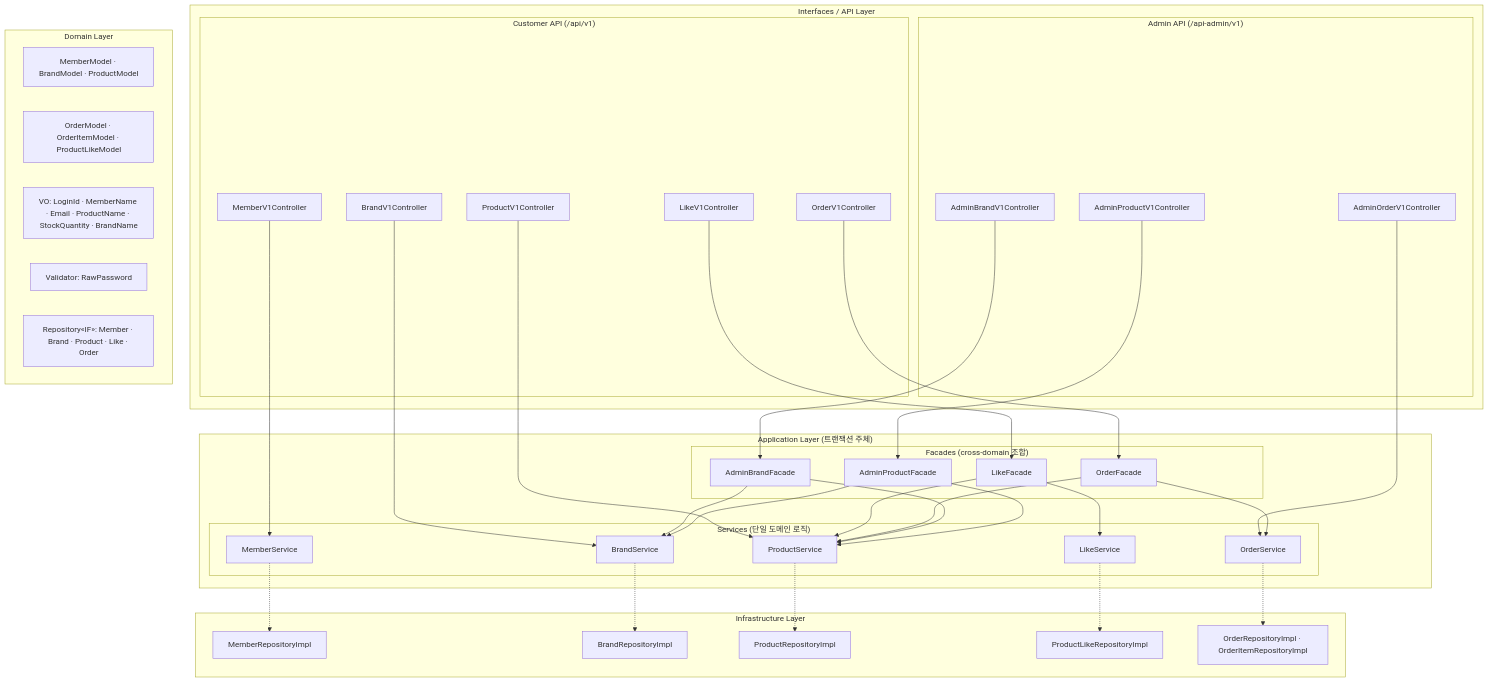
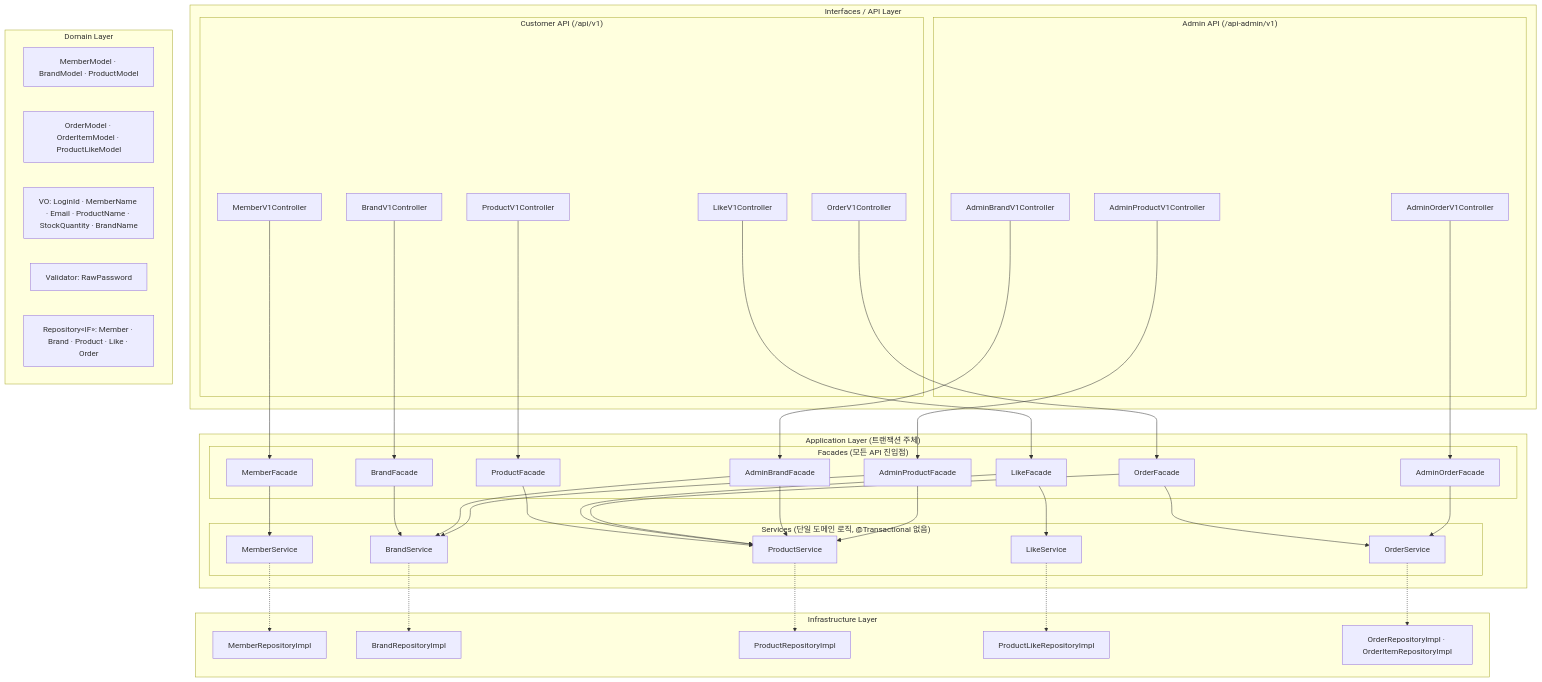
One commit to Loopers-dev-lab/loop-pack-be-l2-vol3-kotlin changed the second of 8 diagrams in docs/design/05-architecture.md. Above: the diagram before and after it, drawn with Mermaid. The commit also changed other lines of this file and 13 other files, not shown here.

````diff
--- a/docs/design/05-architecture.md
+++ b/docs/design/05-architecture.md
@@ -66,73 +66,81 @@
 ```mermaid
 graph TB
     subgraph Interfaces["Interfaces / API Layer"]
         subgraph CustomerAPI["Customer API (/api/v1)"]
             MC["MemberV1Controller"]
             BC["BrandV1Controller"]
             PC["ProductV1Controller"]
             LC["LikeV1Controller"]
             OC["OrderV1Controller"]
         end
         subgraph AdminAPI["Admin API (/api-admin/v1)"]
             ABC["AdminBrandV1Controller"]
             APC["AdminProductV1Controller"]
             AOC["AdminOrderV1Controller"]
         end
     end
 
     subgraph Application["Application Layer (트랜잭션 주체)"]
-        subgraph Facades["Facades (cross-domain 조합)"]
+        subgraph Facades["Facades (모든 API 진입점)"]
+            MF["MemberFacade"]
+            BF["BrandFacade"]
+            PF["ProductFacade"]
             LF["LikeFacade"]
             OF["OrderFacade"]
             ABF["AdminBrandFacade"]
             APF["AdminProductFacade"]
+            AOF["AdminOrderFacade"]
         end
-        subgraph Services["Services (단일 도메인 로직)"]
+        subgraph Services["Services (단일 도메인 로직, @Transactional 없음)"]
             MS["MemberService"]
             BS["BrandService"]
             PS["ProductService"]
             LS["LikeService"]
             OS["OrderService"]
         end
     end
 
     subgraph Domain["Domain Layer"]
         MM["MemberModel · BrandModel · ProductModel"]
         OM["OrderModel · OrderItemModel · ProductLikeModel"]
         VO["VO: LoginId · MemberName · Email · ProductName · StockQuantity · BrandName"]
         VD["Validator: RawPassword"]
         RI["Repository«IF»: Member · Brand · Product · Like · Order"]
     end
 
     subgraph Infrastructure["Infrastructure Layer"]
         MRI["MemberRepositoryImpl"]
         BRI["BrandRepositoryImpl"]
         PRI["ProductRepositoryImpl"]
         LRI["ProductLikeRepositoryImpl"]
         ORI["OrderRepositoryImpl · OrderItemRepositoryImpl"]
     end
 
-    MC --> MS
-    BC --> BS
-    PC --> PS
+    MC --> MF
+    BC --> BF
+    PC --> PF
     LC --> LF
     OC --> OF
     ABC --> ABF
     APC --> APF
-    AOC --> OS
+    AOC --> AOF
 
+    MF --> MS
+    BF --> BS
+    PF --> PS
     LF --> LS
     LF --> PS
     OF --> OS
     OF --> PS
     ABF --> BS
     ABF --> PS
     APF --> PS
     APF --> BS
+    AOF --> OS
 
     MS -.-> MRI
     BS -.-> BRI
     PS -.-> PRI
     LS -.-> LRI
     OS -.-> ORI
 ```
````
